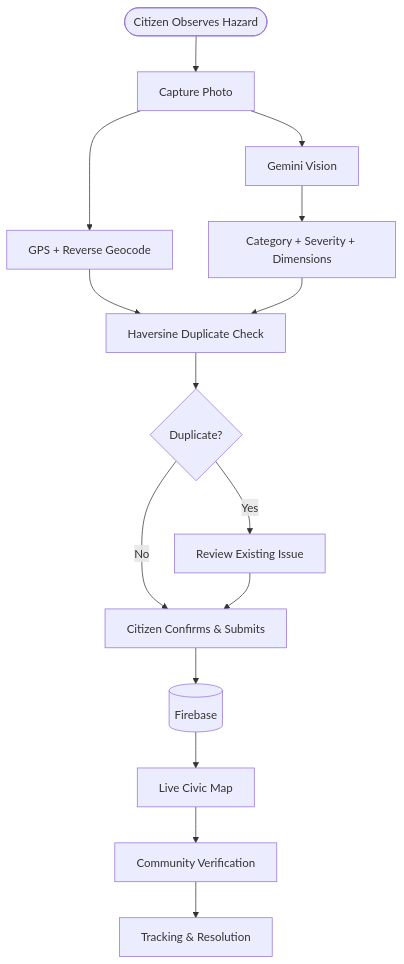
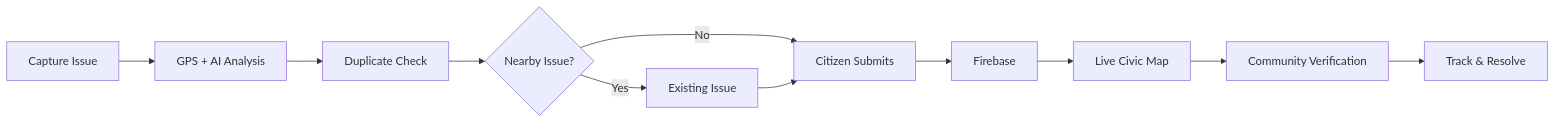
One commit to Jyatin/-fixmyway changed the first of 2 diagrams in README.md. Above: the diagram before and after it, drawn with Mermaid. The commit also changed other lines of this file, not shown here.

Commit message:
Shorten end-to-end workflow diagram

````diff
--- a/README.md
+++ b/README.md
@@ -48,17 +32,13 @@
 ```mermaid
-flowchart TD
-    A([Citizen Observes Hazard]) --> B[Capture Photo]
-    B --> C[GPS + Reverse Geocode]
-    B --> D[Gemini Vision]
-    D --> E[Category + Severity + Dimensions]
-    C --> F[Haversine Duplicate Check]
+flowchart LR
+    A[Capture Issue] --> B[GPS + AI Analysis]
+    B --> C[Duplicate Check]
+    C --> D{Nearby Issue?}
+    D -->|Yes| E[Existing Issue]
+    D -->|No| F[Citizen Submits]
     E --> F
-    F --> G{Duplicate?}
-    G -- Yes --> H[Review Existing Issue]
-    G -- No --> I[Citizen Confirms & Submits]
-    H --> I
-    I --> J[(Firebase)]
-    J --> K[Live Civic Map]
-    K --> L[Community Verification]
-    L --> M[Tracking & Resolution]
+    F --> G[Firebase]
+    G --> H[Live Civic Map]
+    H --> I[Community Verification]
+    I --> J[Track & Resolve]
 ```
````
